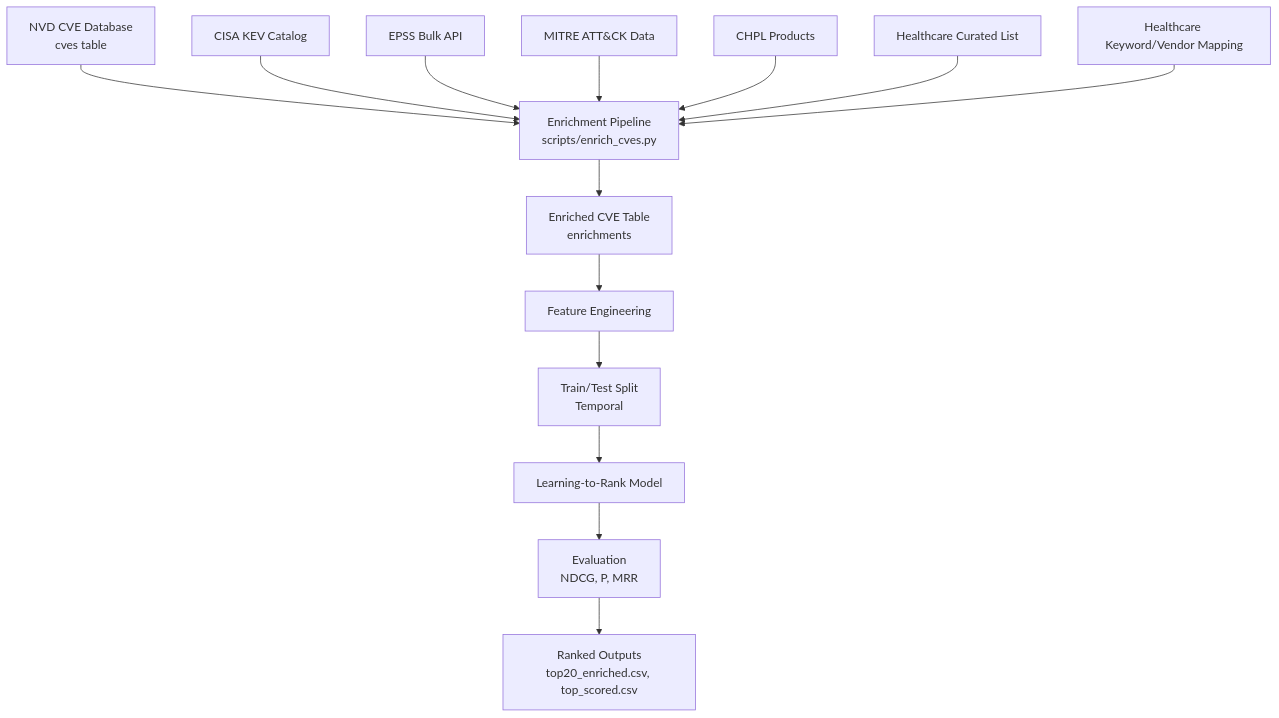
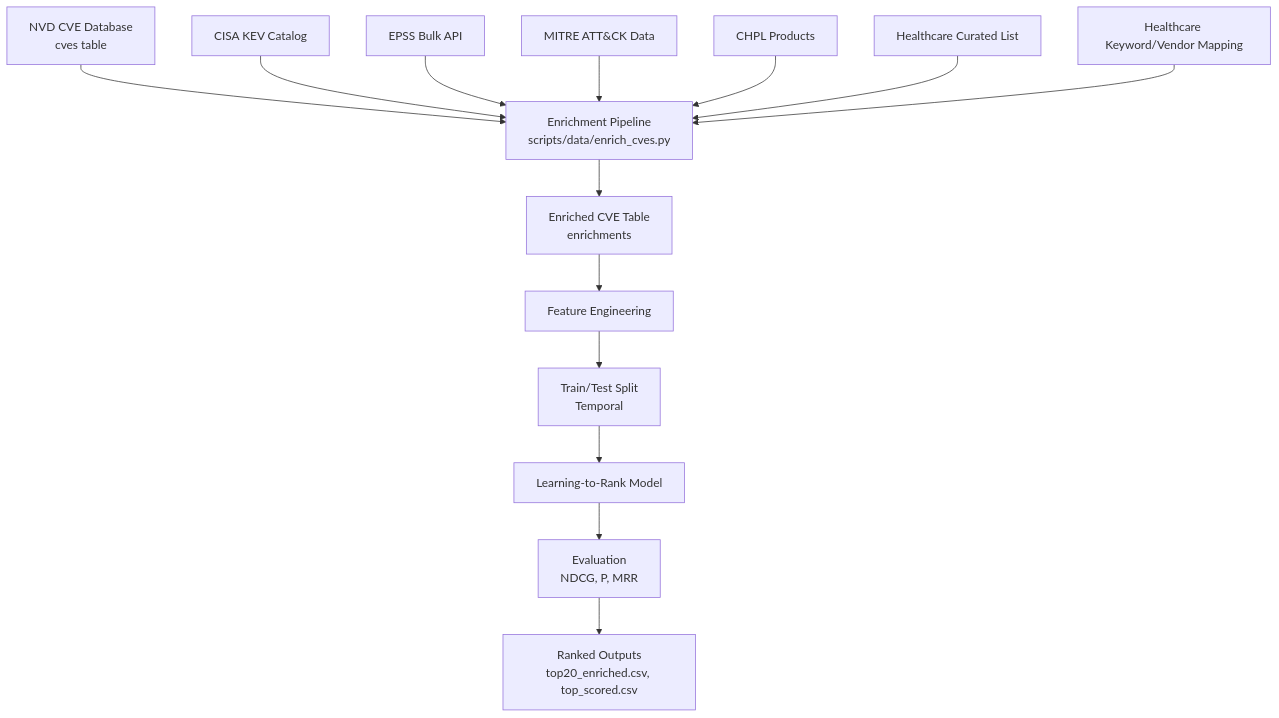
Before and after one commit to er-vinay-india/healthcare-vuln-prioritization-ltr: the diagram in cti_recommender/docs/EXAMINER_BRIEF.md, drawn with Mermaid. The commit also changed 34 other files, not shown here.

````diff
--- a/cti_recommender/docs/EXAMINER_BRIEF.md
+++ b/cti_recommender/docs/EXAMINER_BRIEF.md
@@ -10,17 +10,17 @@
 ```mermaid
 flowchart TD
-    A[NVD CVE Database<br/>cves table] --> E[Enrichment Pipeline<br/>scripts/enrich_cves.py]
+    A[NVD CVE Database<br/>cves table] --> E[Enrichment Pipeline<br/>scripts/data/enrich_cves.py]
     B[CISA KEV Catalog] --> E
     C[EPSS Bulk API] --> E
     D[MITRE ATT&CK Data] --> E
     F[CHPL Products] --> E
     G[Healthcare Curated List] --> E
     H[Healthcare Keyword/Vendor Mapping] --> E
 
     E --> I[Enriched CVE Table<br/>enrichments]
     I --> J[Feature Engineering]
     J --> K[Train/Test Split<br/>Temporal]
     K --> L[Learning-to-Rank Model]
     L --> M[Evaluation<br/>NDCG, P, MRR]
     M --> N[Ranked Outputs<br/>top20_enriched.csv, top_scored.csv]
 ```
````
